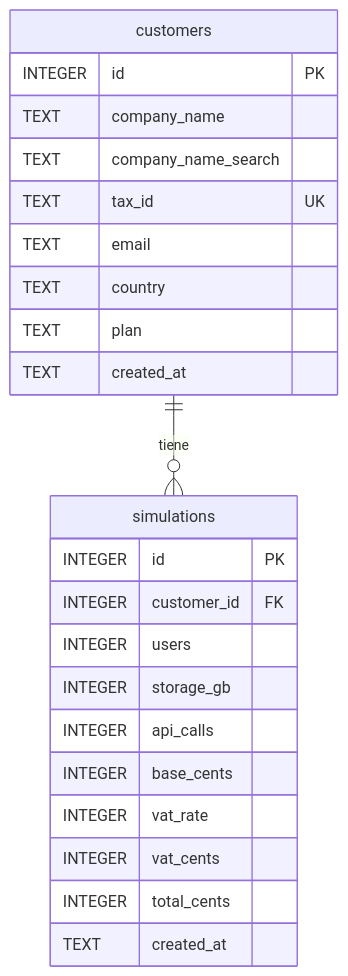
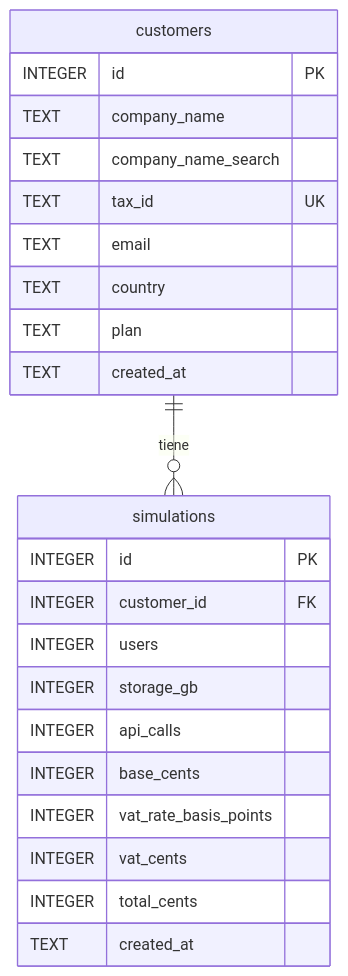
One commit to marcosAlvarezCalabria/Saas-o-matic changed the diagram in ai-workspace/02-architecture/01-modelo-datos.md. Above: the diagram before and after it, drawn with Mermaid. The commit also changed other lines of this file and 17 other files, not shown here.

````diff
--- a/ai-workspace/02-architecture/01-modelo-datos.md
+++ b/ai-workspace/02-architecture/01-modelo-datos.md
@@ -5,26 +5,26 @@
 ```mermaid
 erDiagram
   customers ||--o{ simulations : tiene
   customers {
     INTEGER id PK
     TEXT company_name
     TEXT company_name_search
     TEXT tax_id UK
     TEXT email
     TEXT country
     TEXT plan
     TEXT created_at
   }
   simulations {
     INTEGER id PK
     INTEGER customer_id FK
     INTEGER users
     INTEGER storage_gb
     INTEGER api_calls
     INTEGER base_cents
-    INTEGER vat_rate
+    INTEGER vat_rate_basis_points
     INTEGER vat_cents
     INTEGER total_cents
     TEXT created_at
   }
 ```
````
